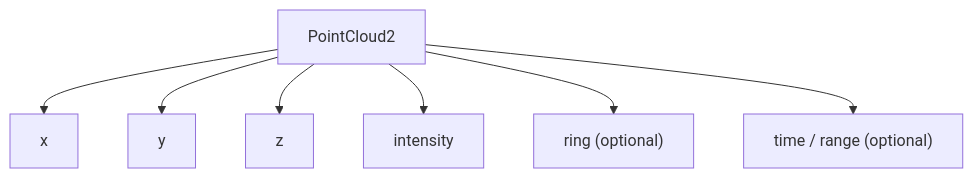
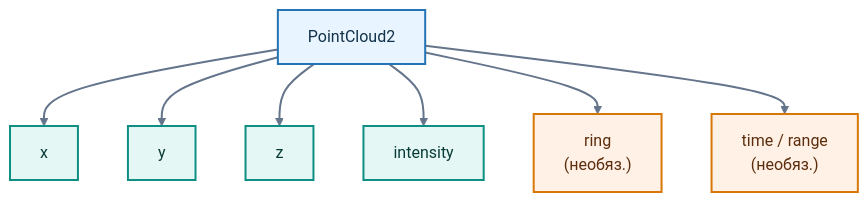
The third of 13 diagrams in 2026/lectures/lecture_03_robotics_iot_big_data.md (BosenkoTM/Big-data-processing-methods), drawn with Mermaid before and after one commit. The commit also changed other lines of this file, not shown here.

````diff
--- a/2026/lectures/lecture_03_robotics_iot_big_data.md
+++ b/2026/lectures/lecture_03_robotics_iot_big_data.md
@@ -210,9 +238,19 @@
 ```mermaid
 flowchart TD
     PC["PointCloud2"] --> X["x"]
     PC --> Y["y"]
     PC --> Z["z"]
     PC --> I["intensity"]
-    PC --> R["ring (optional)"]
-    PC --> T["time / range (optional)"]
+    PC --> R["ring<br/>(необяз.)"]
+    PC --> T["time / range<br/>(необяз.)"]
+
+    classDef root fill:#E8F4FF,stroke:#2474B5,color:#12324A,stroke-width:2px
+    classDef coord fill:#E5F7F5,stroke:#0E8F83,color:#073B37,stroke-width:2px
+    classDef extra fill:#FFF1E6,stroke:#D97706,color:#5C2D0C,stroke-width:2px
+
+    class PC root
+    class X,Y,Z,I coord
+    class R,T extra
+
+    linkStyle default stroke:#64748B,stroke-width:2px
 ```
````
